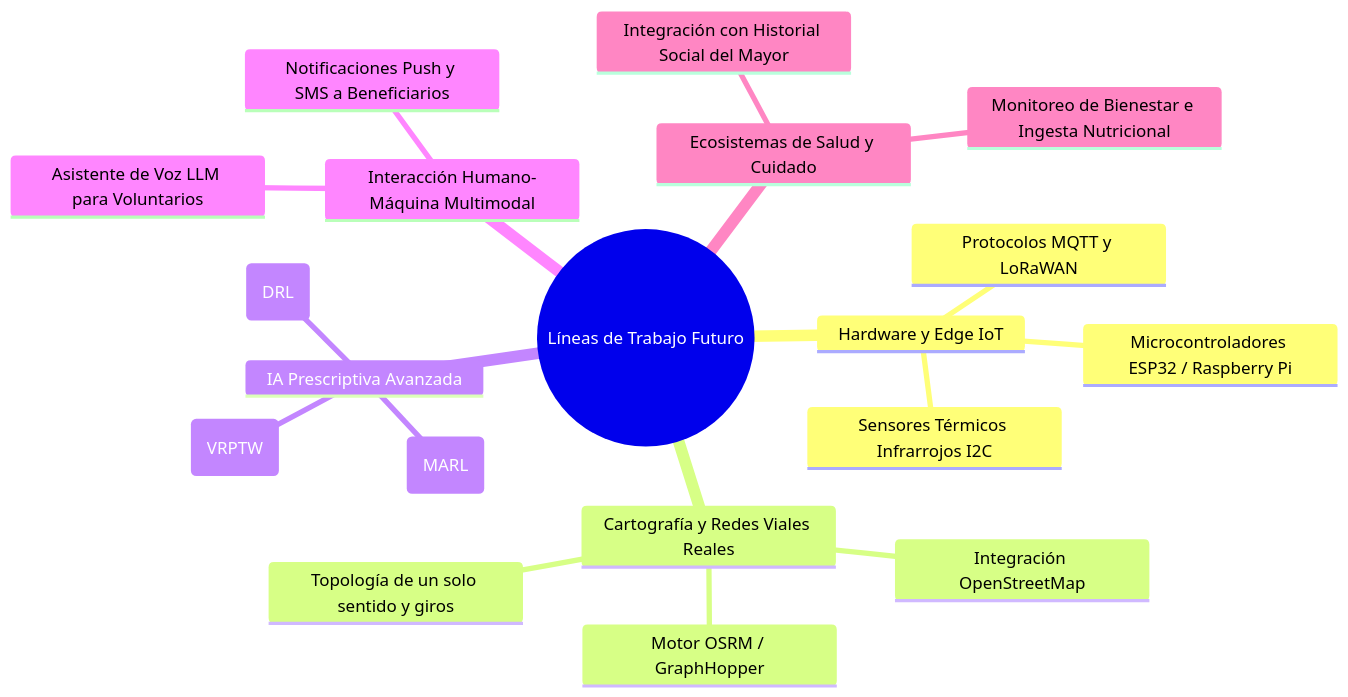
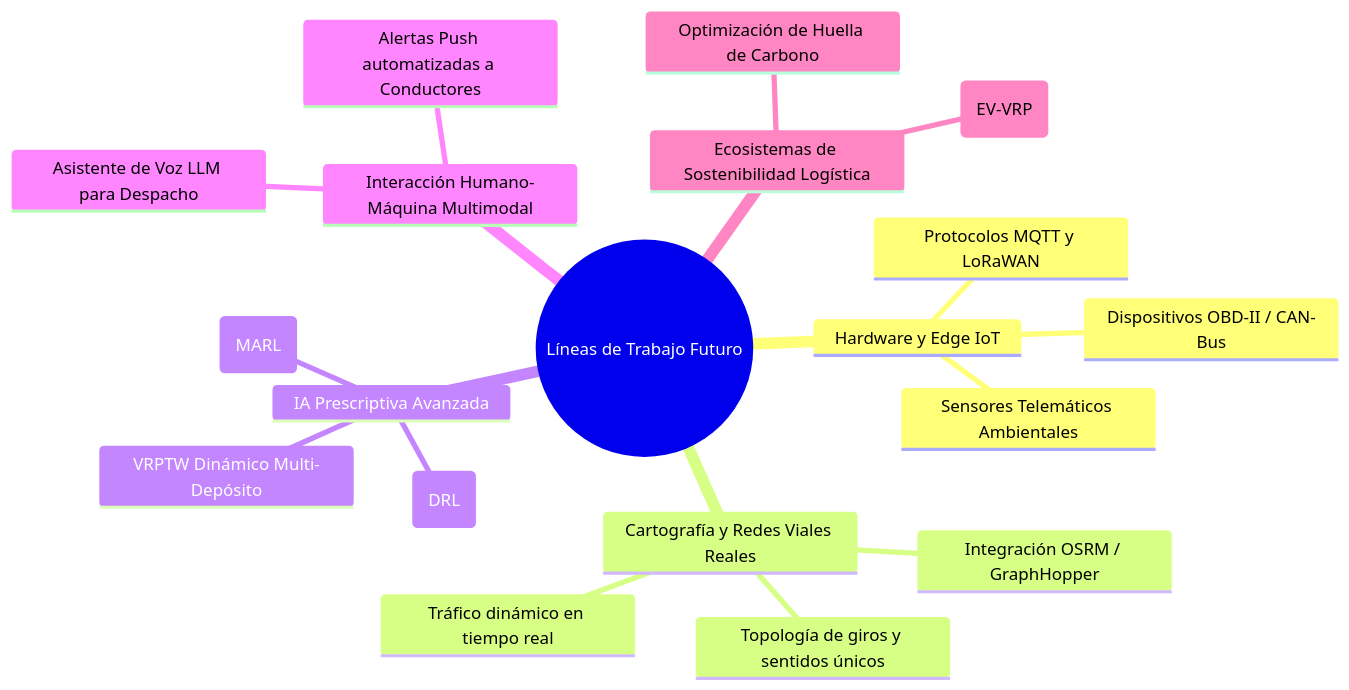
The second of 2 diagrams in docs/Cap6_TFM_Conclusiones_Limitaciones_y_Trabajo_Futuro.md (GuillenConcepcion/Smart-Logistics-4.0-Decision-Intelligence), drawn with Mermaid before and after one commit. The commit also changed other lines of this file and 26 other files, not shown here.

````diff
--- a/docs/Cap6_TFM_Conclusiones_Limitaciones_y_Trabajo_Futuro.md
+++ b/docs/Cap6_TFM_Conclusiones_Limitaciones_y_Trabajo_Futuro.md
@@ -120,22 +122,22 @@
 ```mermaid
 mindmap
   root((Líneas de Trabajo Futuro))
     Hardware y Edge IoT
-      Microcontroladores ESP32 / Raspberry Pi
-      Sensores Térmicos Infrarrojos I2C
+      Dispositivos OBD-II / CAN-Bus
+      Sensores Telemáticos Ambientales
       Protocolos MQTT y LoRaWAN
     Cartografía y Redes Viales Reales
-      Integración OpenStreetMap
-      Motor OSRM / GraphHopper
-      Topología de un solo sentido y giros
+      Integración OSRM / GraphHopper
+      Topología de giros y sentidos únicos
+      Tráfico dinámico en tiempo real
     IA Prescriptiva Avanzada
       Deep Reinforcement Learning (DRL)
       Multi-Agent Reinforcement Learning (MARL)
-      VRP con Ventanas Temporales Dinámicas (VRPTW)
+      VRPTW Dinámico Multi-Depósito
     Interacción Humano-Máquina Multimodal
-      Asistente de Voz LLM para Voluntarios
-      Notificaciones Push y SMS a Beneficiarios
-    Ecosistemas de Salud y Cuidado
-      Integración con Historial Social del Mayor
-      Monitoreo de Bienestar e Ingesta Nutricional
+      Asistente de Voz LLM para Despacho
+      Alertas Push automatizadas a Conductores
+    Ecosistemas de Sostenibilidad Logística
+      Optimización de Huella de Carbono
+      Ruteo para Flotas Eléctricas (EV-VRP)
 ```
````
